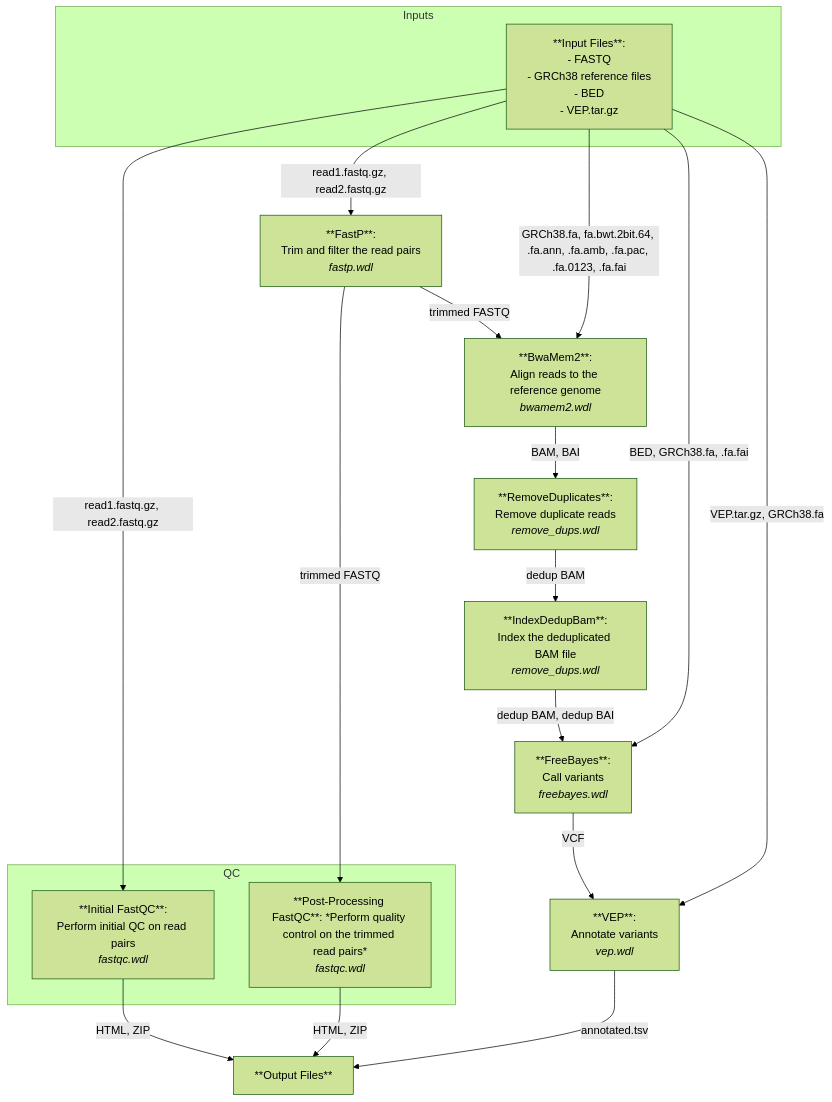
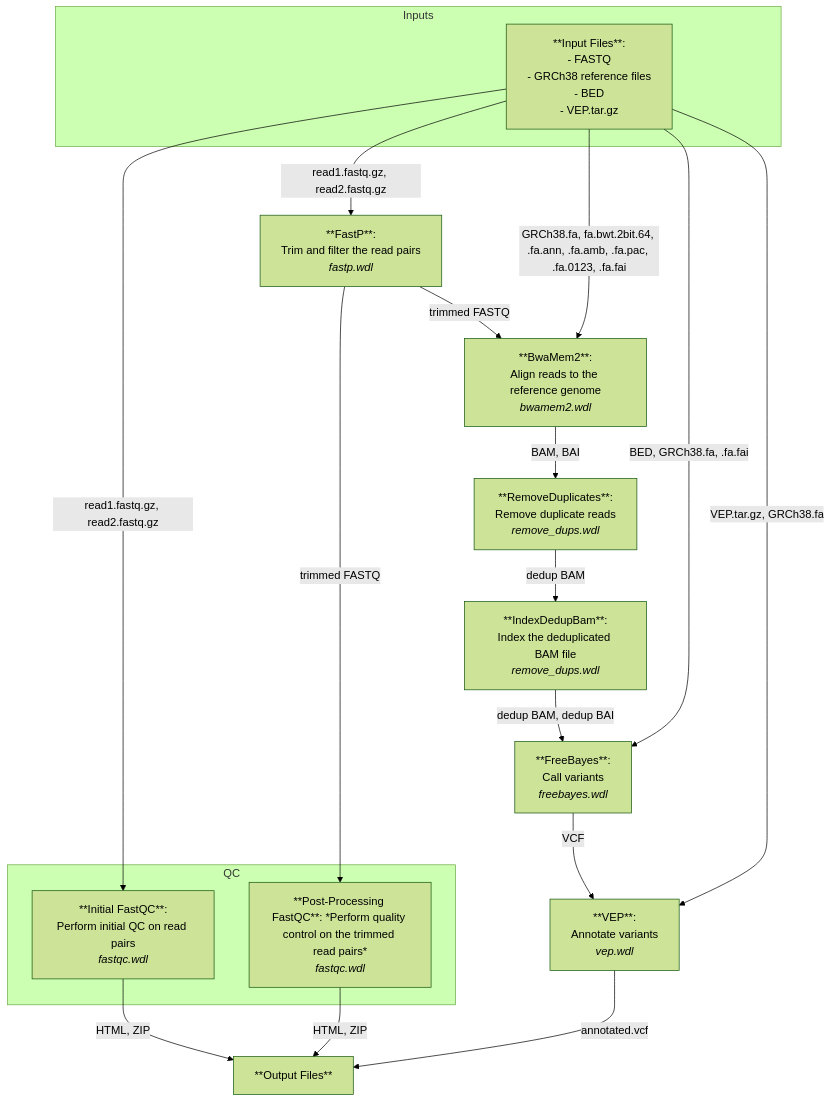
The diagram in README.md (RobM687/software_mini_project), drawn with Mermaid (forest theme) before and after one commit. The commit also changed 5 other files, not shown here.

````diff
--- a/README.md
+++ b/README.md
@@ -12,28 +12,28 @@
 ```mermaid
  graph TD
     B[**Input Files**: <br>- FASTQ<br>- GRCh38 reference files<br>- BED<br>- VEP.tar.gz]
     B -->|read1.fastq.gz, read2.fastq.gz| D[**Initial FastQC**:<br>Perform initial QC on read pairs<br><i>fastqc.wdl</i>]
     B -->|read1.fastq.gz, read2.fastq.gz| E[**FastP**:<br>Trim and filter the read pairs<br><i>fastp.wdl</i>]
     F[**Post-Processing FastQC**: *Perform quality control on the trimmed read pairs*<br><i>fastqc.wdl</i>]
     E -->|trimmed FASTQ| F
     B -->|GRCh38.fa, fa.bwt.2bit.64, .fa.ann, .fa.amb, .fa.pac, .fa.0123, .fa.fai| G[**BwaMem2**:<br>Align reads to the reference genome<br><i>bwamem2.wdl</i>]
     E -->|trimmed FASTQ| G
     G -->|BAM, BAI| K[**RemoveDuplicates**:<br>Remove duplicate reads<br><i>remove_dups.wdl</i>]
     K -->|dedup BAM| L[**IndexDedupBam**:<br>Index the deduplicated BAM file<br><i>remove_dups.wdl</i>]
     B -->|BED, GRCh38.fa, .fa.fai| H[**FreeBayes**:<br>Call variants<br><i>freebayes.wdl</i>]
     L -->|dedup BAM, dedup BAI| H
     B -->|VEP.tar.gz, GRCh38.fa| I[**VEP**:<br>Annotate variants<br><i>vep.wdl</i>]
     H -->|VCF| I
     D -->|HTML, ZIP| J
     F -->|HTML, ZIP| J
-    I -->|annotated.tsv| J[**Output Files**]
+    I -->|annotated.vcf| J[**Output Files**]
 
     subgraph Inputs
         B
     end
 
     subgraph QC
         D
         F
     end 
 ```
````
